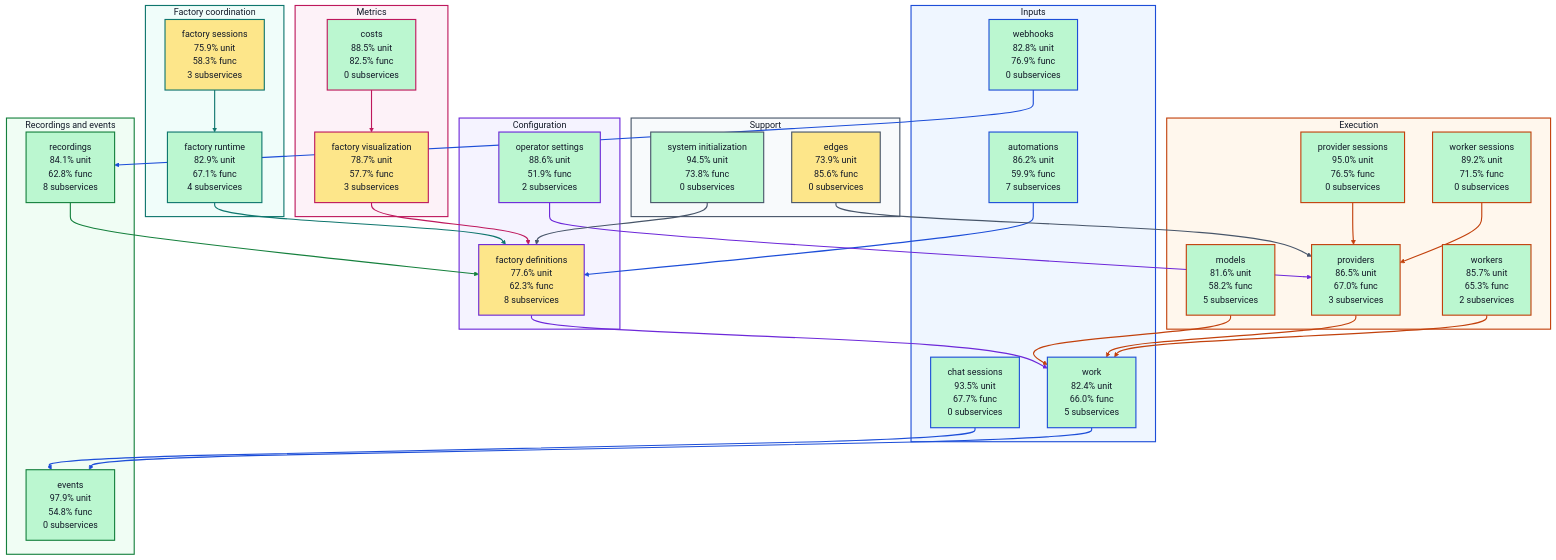
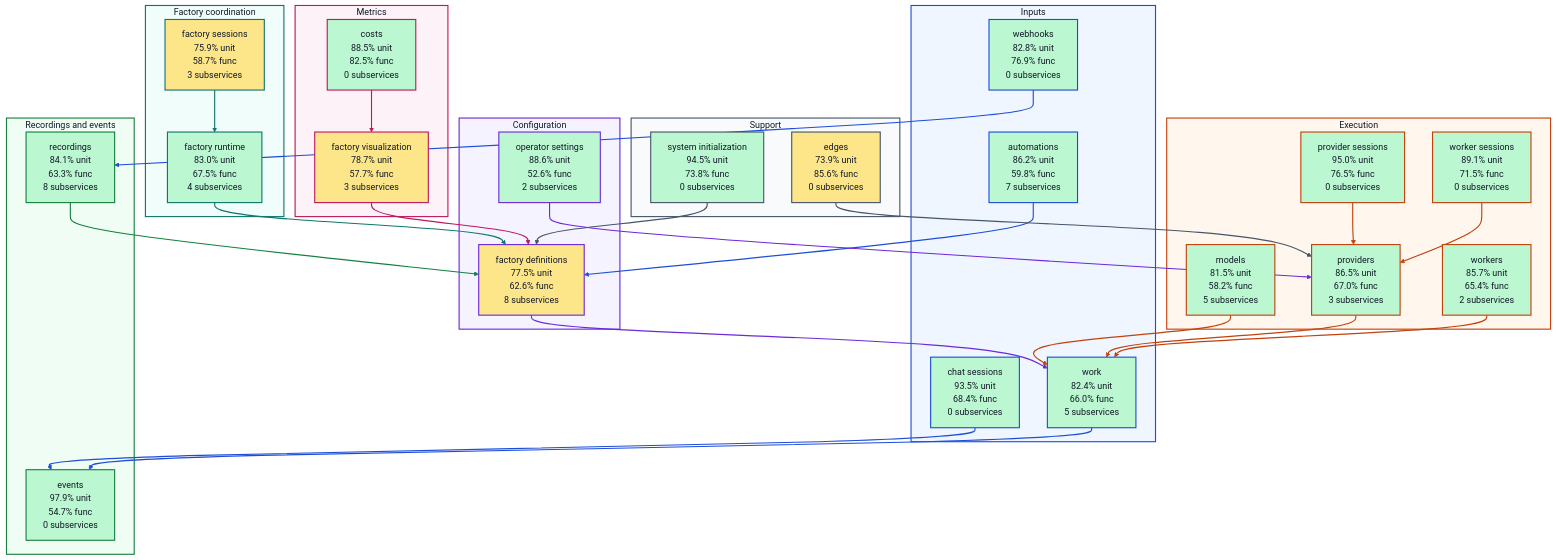
One commit to portpowered/you-agent-factory changed the diagram in docs/architecture/visualizations/high-level-test-coverage.md. Above: the diagram before and after it, drawn with Mermaid (forest theme). The commit also changed other lines of this file and 20 other files, not shown here.

Commit message:
docs: refresh backend architecture visualizations

````diff
--- a/docs/architecture/visualizations/high-level-test-coverage.md
+++ b/docs/architecture/visualizations/high-level-test-coverage.md
@@ -11,29 +11,29 @@
 ```mermaid
 flowchart TB
   subgraph input["Inputs"]
-    s_services_automations["automations<br/>86.2% unit<br/>59.9% func<br/>7 subservices"]
-    s_services_chat_sessions["chat sessions<br/>93.5% unit<br/>67.7% func<br/>0 subservices"]
+    s_services_automations["automations<br/>86.2% unit<br/>59.8% func<br/>7 subservices"]
+    s_services_chat_sessions["chat sessions<br/>93.5% unit<br/>68.4% func<br/>0 subservices"]
     s_services_webhooks["webhooks<br/>82.8% unit<br/>76.9% func<br/>0 subservices"]
     s_services_work["work<br/>82.4% unit<br/>66.0% func<br/>5 subservices"]
   end
   subgraph configuration["Configuration"]
-    s_services_factory_definitions["factory definitions<br/>77.6% unit<br/>62.3% func<br/>8 subservices"]
-    s_services_operator_settings["operator settings<br/>88.6% unit<br/>51.9% func<br/>2 subservices"]
+    s_services_factory_definitions["factory definitions<br/>77.5% unit<br/>62.6% func<br/>8 subservices"]
+    s_services_operator_settings["operator settings<br/>88.6% unit<br/>52.6% func<br/>2 subservices"]
   end
   subgraph coordination["Factory coordination"]
-    s_services_factory_runtime["factory runtime<br/>82.9% unit<br/>67.1% func<br/>4 subservices"]
-    s_services_factory_sessions["factory sessions<br/>75.9% unit<br/>58.3% func<br/>3 subservices"]
+    s_services_factory_runtime["factory runtime<br/>83.0% unit<br/>67.5% func<br/>4 subservices"]
+    s_services_factory_sessions["factory sessions<br/>75.9% unit<br/>58.7% func<br/>3 subservices"]
   end
   subgraph execution["Execution"]
-    s_services_models["models<br/>81.6% unit<br/>58.2% func<br/>5 subservices"]
+    s_services_models["models<br/>81.5% unit<br/>58.2% func<br/>5 subservices"]
     s_services_provider_sessions["provider sessions<br/>95.0% unit<br/>76.5% func<br/>0 subservices"]
     s_services_providers["providers<br/>86.5% unit<br/>67.0% func<br/>3 subservices"]
-    s_services_worker_sessions["worker sessions<br/>89.2% unit<br/>71.5% func<br/>0 subservices"]
-    s_services_workers["workers<br/>85.7% unit<br/>65.3% func<br/>2 subservices"]
+    s_services_worker_sessions["worker sessions<br/>89.1% unit<br/>71.5% func<br/>0 subservices"]
+    s_services_workers["workers<br/>85.7% unit<br/>65.4% func<br/>2 subservices"]
   end
   subgraph recordings["Recordings and events"]
-    s_services_events["events<br/>97.9% unit<br/>54.8% func<br/>0 subservices"]
-    s_services_recordings["recordings<br/>84.1% unit<br/>62.8% func<br/>8 subservices"]
+    s_services_events["events<br/>97.9% unit<br/>54.7% func<br/>0 subservices"]
+    s_services_recordings["recordings<br/>84.1% unit<br/>63.3% func<br/>8 subservices"]
   end
   subgraph metrics["Metrics"]
     s_services_costs["costs<br/>88.5% unit<br/>82.5% func<br/>0 subservices"]
````
